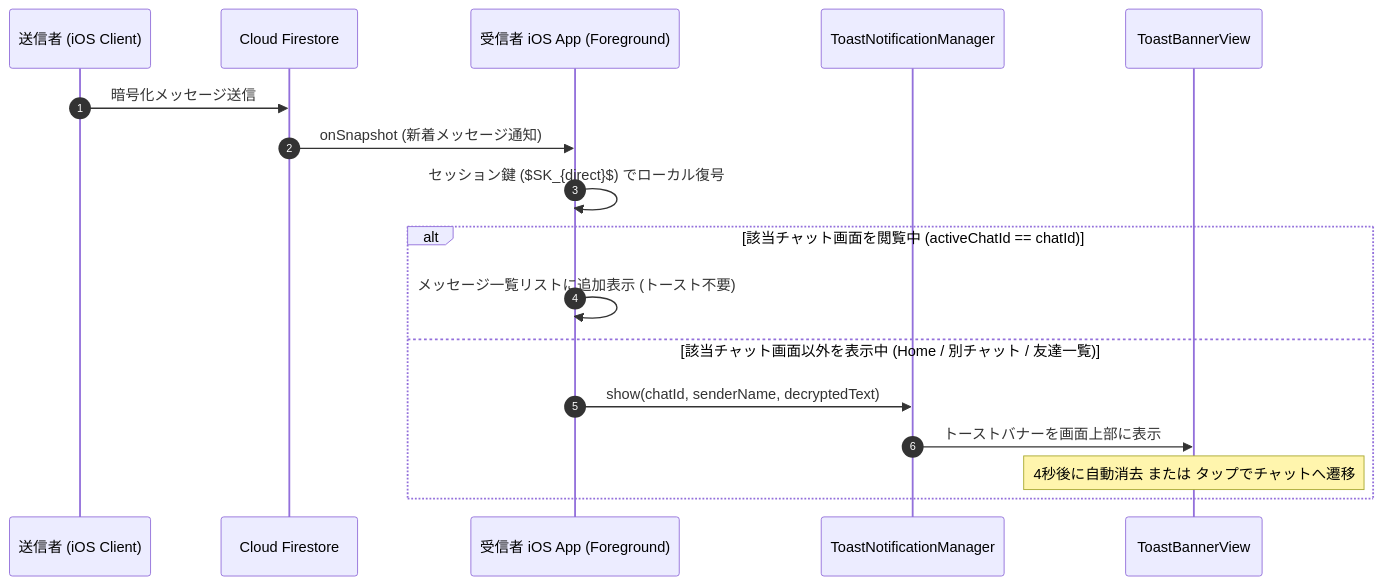
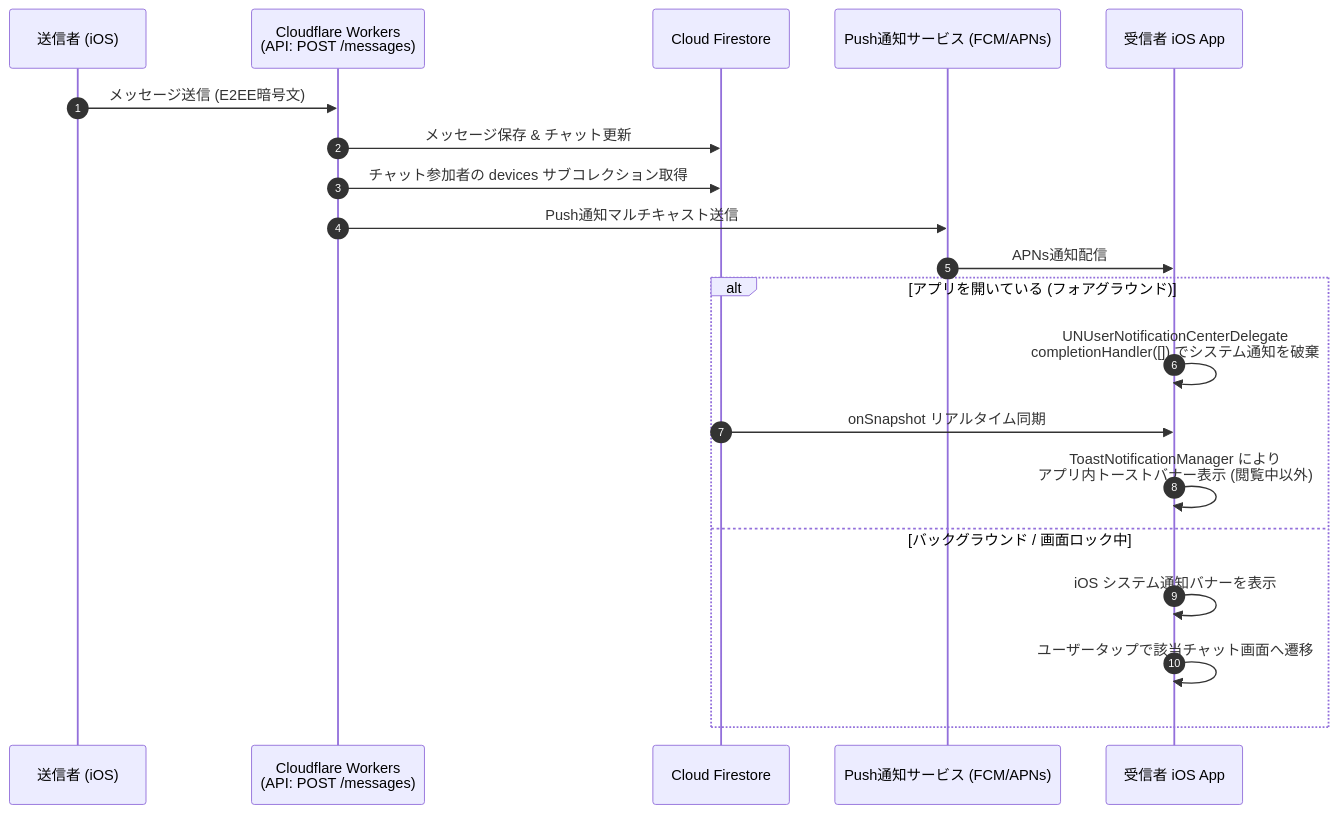
Before and after one commit to kantowork/friends: the diagram in doc/07-detailed-usecases/07-07-push-notification.md, drawn with Mermaid. The commit also changed other lines of this file and 38 other files, not shown here.

````diff
--- a/doc/07-detailed-usecases/07-07-push-notification.md
+++ b/doc/07-detailed-usecases/07-07-push-notification.md
@@ -50,21 +103,24 @@
 ```mermaid
 sequenceDiagram
     autonumber
-    participant Sender as 送信者 (iOS Client)
+    participant Client as 送信者 (iOS)
+    participant Worker as Cloudflare Workers<br/>(API: POST /messages)
     participant Firestore as Cloud Firestore
-    participant RecipientApp as 受信者 iOS App (Foreground)
-    participant ToastMgr as ToastNotificationManager
-    participant UI as ToastBannerView
+    participant FCM as Push通知サービス (FCM/APNs)
+    participant RecipientApp as 受信者 iOS App
 
-    Sender->>Firestore: 暗号化メッセージ送信
-    Firestore->>RecipientApp: onSnapshot (新着メッセージ通知)
-    RecipientApp->>RecipientApp: セッション鍵 ($SK_{direct}$) でローカル復号
-    
-    alt 該当チャット画面を閲覧中 (activeChatId == chatId)
-        RecipientApp->>RecipientApp: メッセージ一覧リストに追加表示 (トースト不要)
-    else 該当チャット画面以外を表示中 (Home / 別チャット / 友達一覧)
-        RecipientApp->>ToastMgr: show(chatId, senderName, decryptedText)
-        ToastMgr->>UI: トーストバナーを画面上部に表示
-        Note over UI: 4秒後に自動消去 または タップでチャットへ遷移
+    Client->>Worker: メッセージ送信 (E2EE暗号文)
+    Worker->>Firestore: メッセージ保存 & チャット更新
+    Worker->>Firestore: チャット参加者の devices サブコレクション取得
+    Worker->>FCM: Push通知マルチキャスト送信
+    FCM->>RecipientApp: APNs通知配信
+
+    alt アプリを開いている (フォアグラウンド)
+        RecipientApp->>RecipientApp: UNUserNotificationCenterDelegate<br/>completionHandler([]) でシステム通知を破棄
+        Firestore->>RecipientApp: onSnapshot リアルタイム同期
+        RecipientApp->>RecipientApp: ToastNotificationManager により<br/>アプリ内トーストバナー表示 (閲覧中以外)
+    else バックグラウンド / 画面ロック中
+        RecipientApp->>RecipientApp: iOS システム通知バナーを表示
+        RecipientApp->>RecipientApp: ユーザータップで該当チャット画面へ遷移
     end
 ```
````
